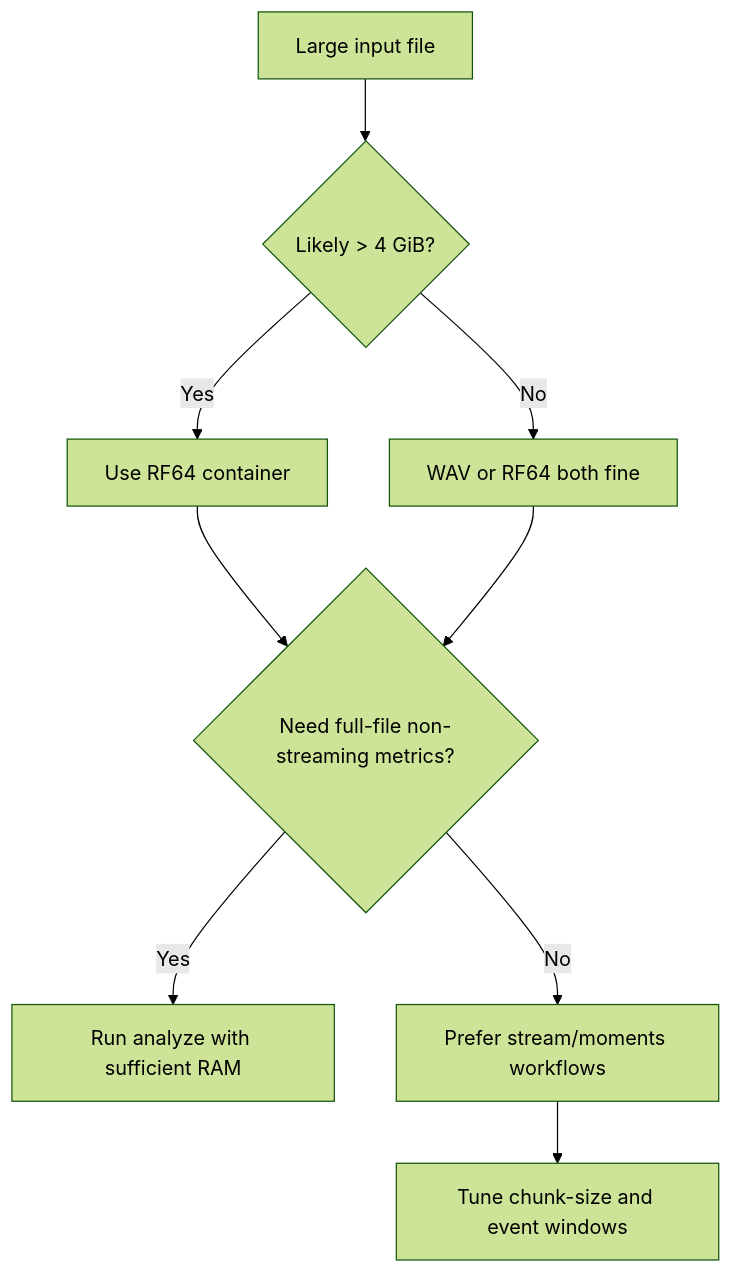
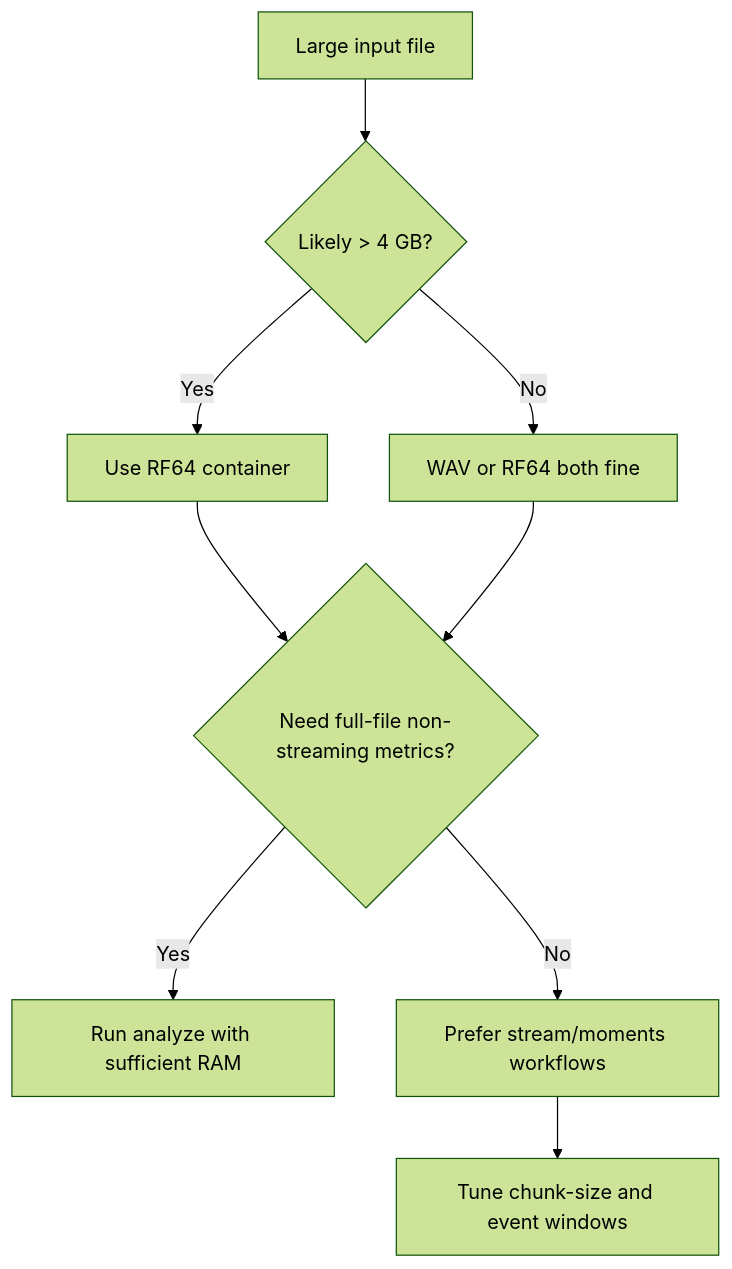
Before and after one commit to TheColby/ecoSignalLab: the diagram in docs/RF64_AND_LARGE_FILES.md, drawn with Mermaid (forest theme). The commit also changed other lines of this file and 4 other files, not shown here.

````diff
--- a/docs/RF64_AND_LARGE_FILES.md
+++ b/docs/RF64_AND_LARGE_FILES.md
@@ -175,11 +175,11 @@
 ```mermaid
 flowchart TD
-    A["Large input file"] --> B{"Likely > 4 GiB?"}
+    A["Large input file"] --> B{"Likely > 4 GB?"}
     B -->|Yes| C["Use RF64 container"]
     B -->|No| D["WAV or RF64 both fine"]
     C --> E{"Need full-file non-streaming metrics?"}
     D --> E
     E -->|Yes| F["Run analyze with sufficient RAM"]
     E -->|No| G["Prefer stream/moments workflows"]
     G --> H["Tune chunk-size and event windows"]
 ```
````
